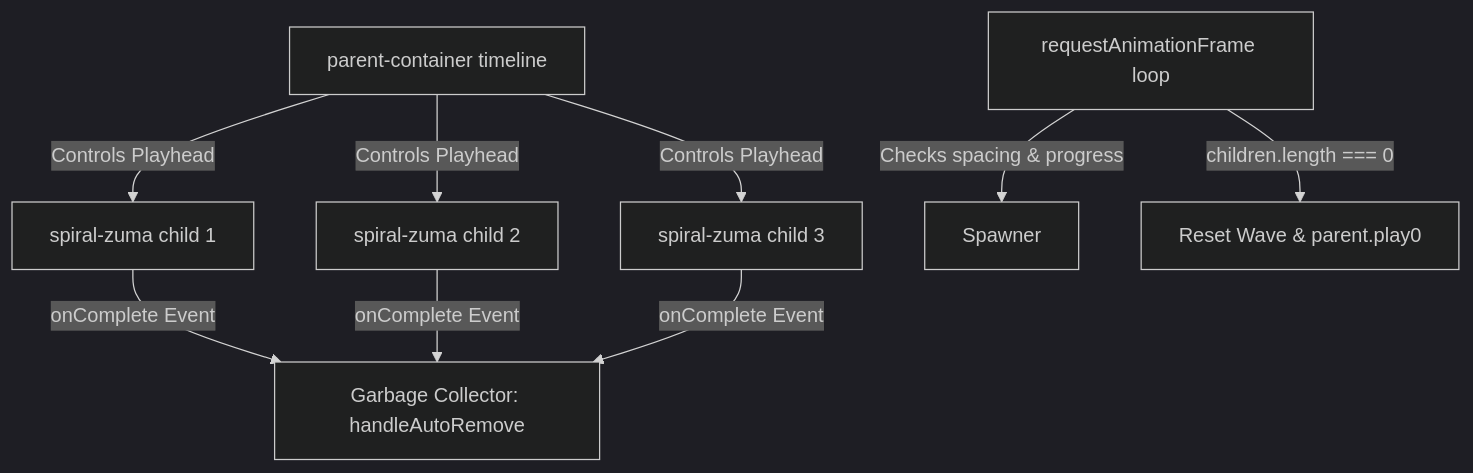
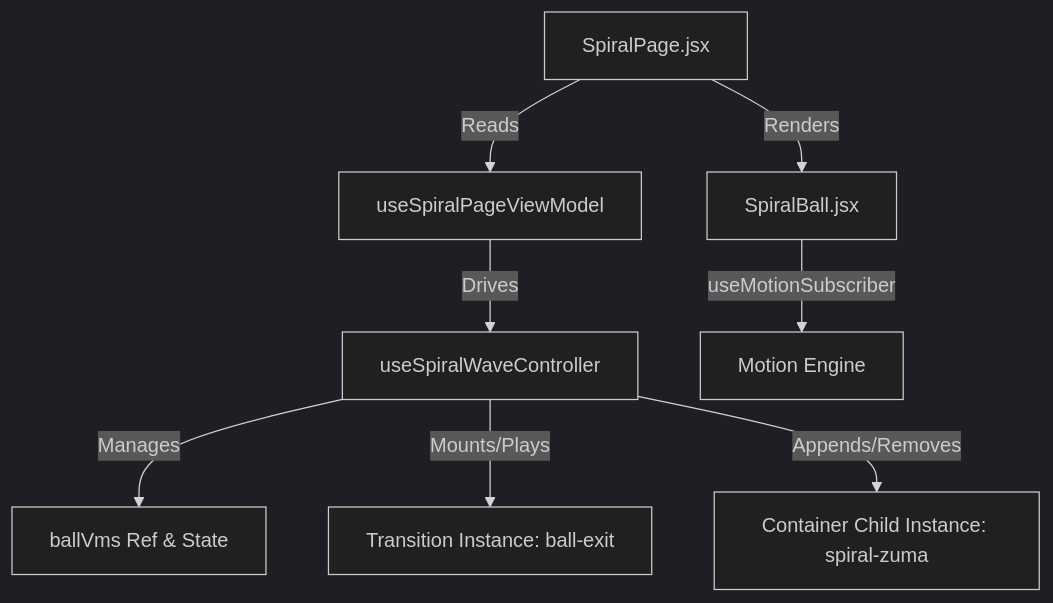
Before and after one commit to chahyasantoso/motionpath: the diagram in src/components/Spiral/README.md, drawn with Mermaid (dark theme). The commit also changed other lines of this file, not shown here.

Commit message:
docs: update Spiral README.md to document the refactored architecture

````diff
--- a/src/components/Spiral/README.md
+++ b/src/components/Spiral/README.md
@@ -21,13 +33,12 @@
 ```mermaid
 graph TD
-    ParentTimeline[parent-container timeline] -->|Controls Playhead| Child1[spiral-zuma child 1]
-    ParentTimeline -->|Controls Playhead| Child2[spiral-zuma child 2]
-    ParentTimeline -->|Controls Playhead| Child3[spiral-zuma child 3]
+    Page[SpiralPage.jsx] -->|Renders| BallView[SpiralBall.jsx]
+    Page -->|Reads| VM[useSpiralPageViewModel]
+    VM -->|Drives| Controller[useSpiralWaveController]
     
-    Child1 -->|onComplete Event| GC[Garbage Collector: handleAutoRemove]
-    Child2 -->|onComplete Event| GC
-    Child3 -->|onComplete Event| GC
+    Controller -->|Manages| BallVmList[ballVms Ref & State]
+    Controller -->|Mounts/Plays| TransitionInstance[Transition Instance: ball-exit]
+    Controller -->|Appends/Removes| BaseInstance[Container Child Instance: spiral-zuma]
     
-    RAF[requestAnimationFrame loop] -->|Checks spacing & progress| Spawner[Spawner]
-    RAF -->|children.length === 0| ResetWave[Reset Wave & parent.play0]
+    BallView -->|useMotionSubscriber| MotionEngine[Motion Engine]
 ```
````
